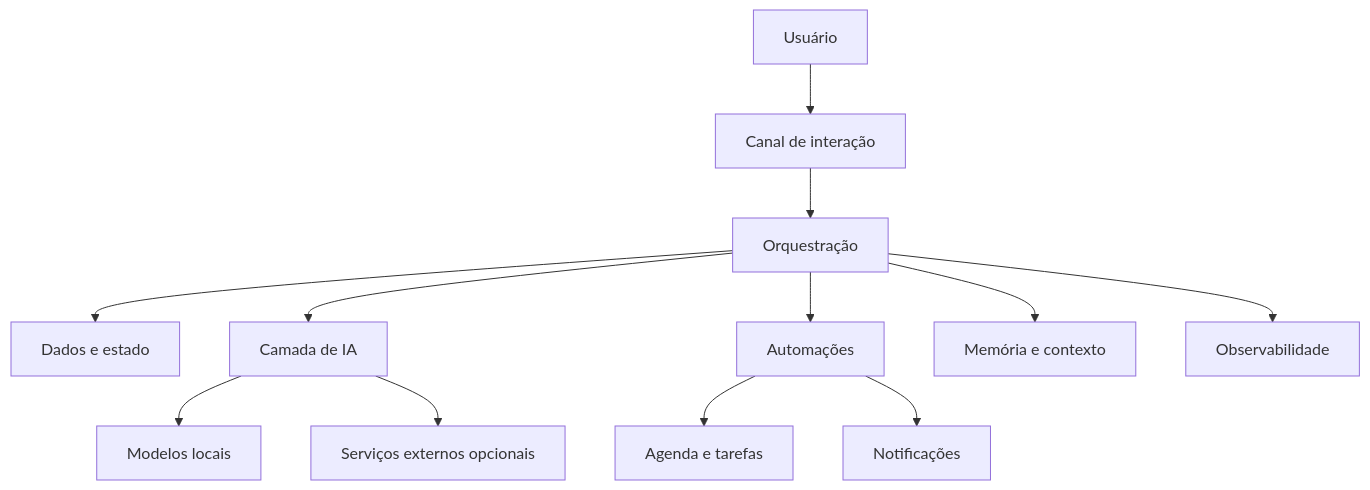
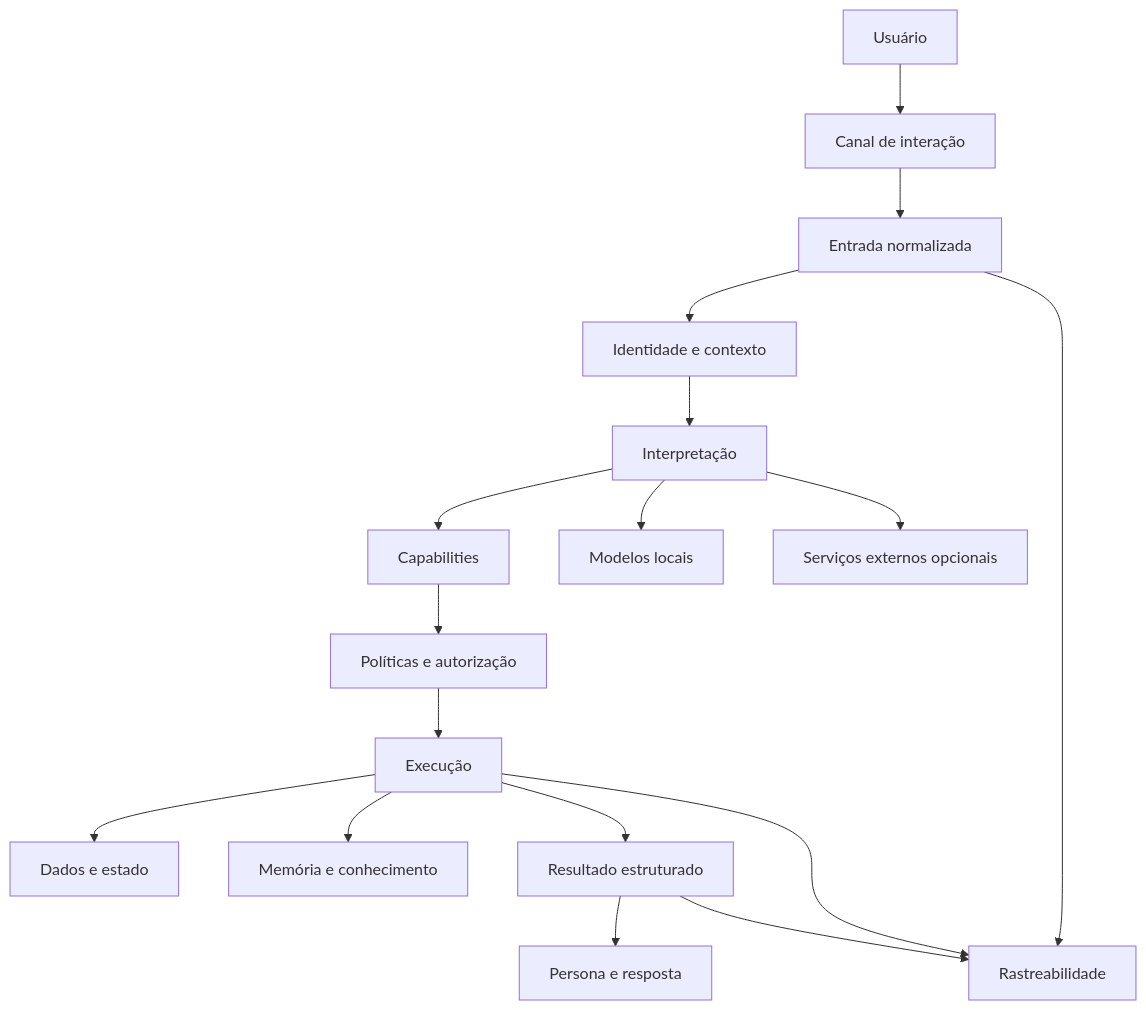
Before and after one commit to Pedro-Facundo/Runa: the diagram in README.md, drawn with Mermaid. The commit also changed other lines of this file and 5 other files, not shown here.

````diff
--- a/README.md
+++ b/README.md
@@ -29,14 +47,21 @@
 ```mermaid
 flowchart TD
     U[Usuário] --> C[Canal de interação]
-    C --> O[Orquestração]
-    O --> D[Dados e estado]
-    O --> A[Camada de IA]
-    O --> X[Automações]
-    O --> M[Memória e contexto]
-    O --> S[Observabilidade]
+    C --> N[Entrada normalizada]
+    N --> I[Identidade e contexto]
+    I --> A[Interpretação]
+    A --> X[Capabilities]
+    X --> P[Políticas e autorização]
+    P --> E[Execução]
+    E --> D[Dados e estado]
+    E --> M[Memória e conhecimento]
+    E --> R[Resultado estruturado]
+    R --> F[Persona e resposta]
+
+    N --> T[Rastreabilidade]
+    E --> T
+    R --> T
+
     A --> L[Modelos locais]
-    A --> E[Serviços externos opcionais]
-    X --> G[Agenda e tarefas]
-    X --> N[Notificações]
+    A --> O[Serviços externos opcionais]
 ```
````
